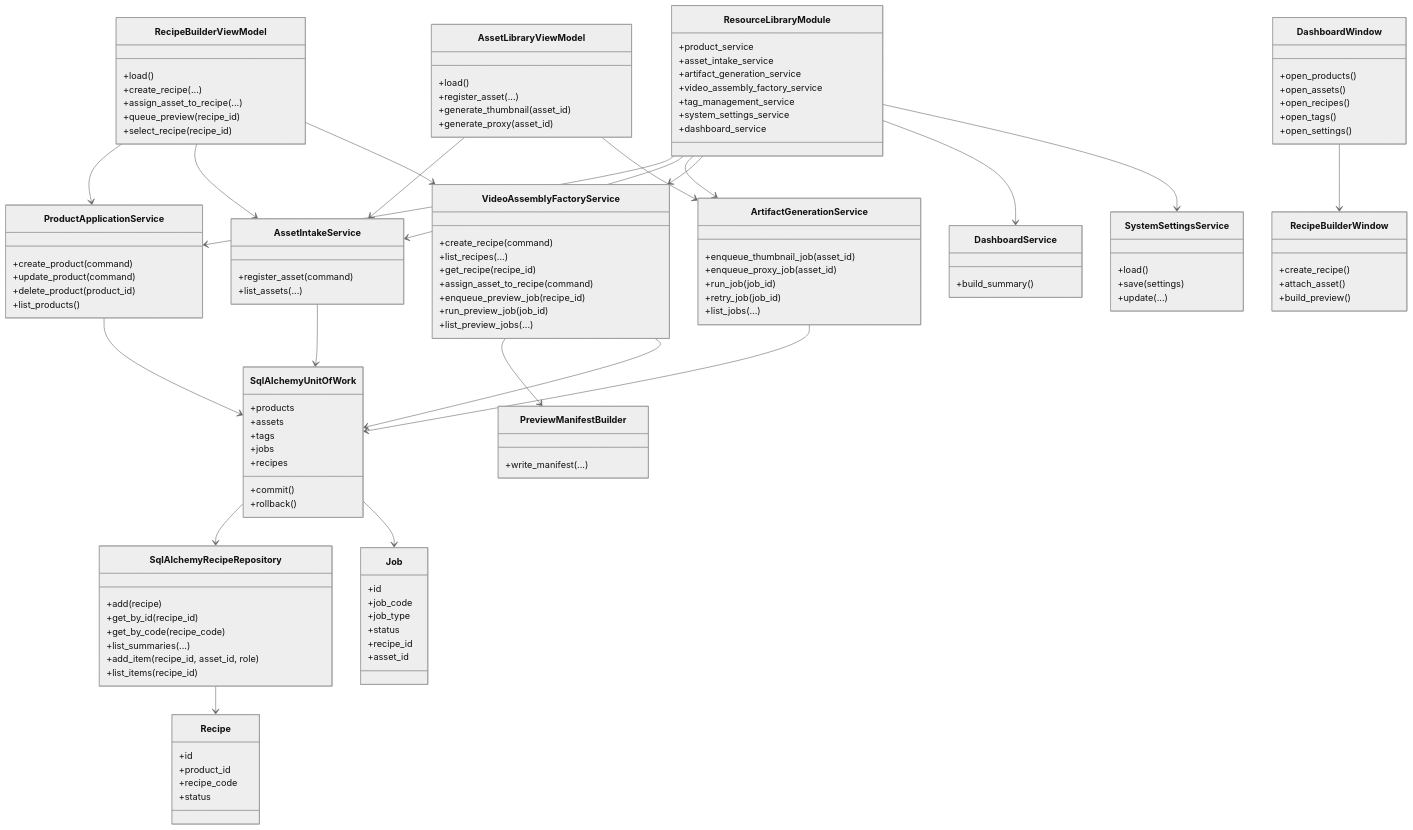
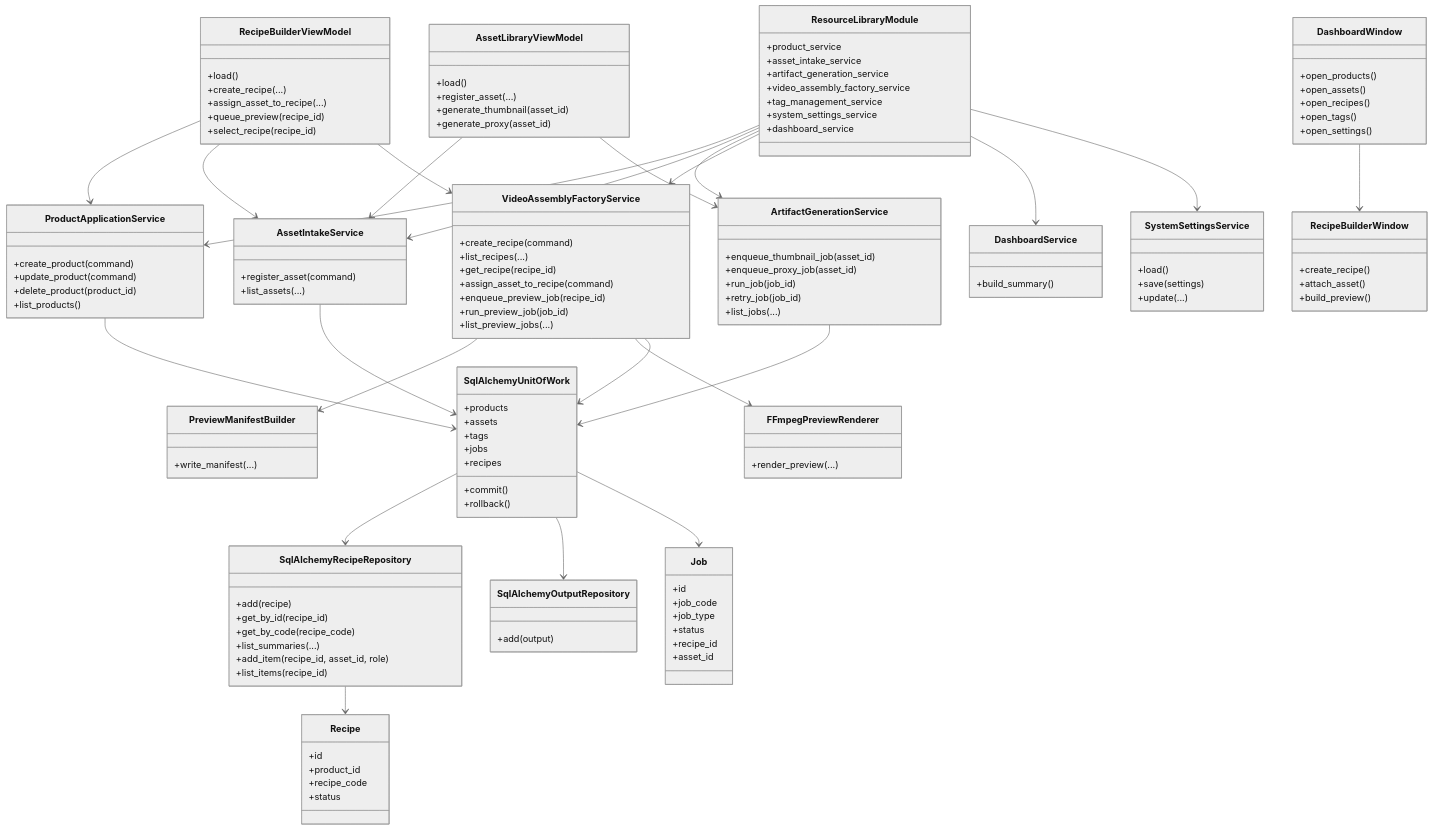
The second of 5 diagrams in doc/10_UML_System_Overview.md (idev006/MTClipFactory), drawn with Mermaid (neutral theme) before and after one commit. The commit also changed other lines of this file and 28 other files, not shown here.

Commit message:
Add configurable paths and preview output foundation

````diff
--- a/doc/10_UML_System_Overview.md
+++ b/doc/10_UML_System_Overview.md
@@ -60,6 +60,10 @@
         +enqueue_preview_job(recipe_id)
         +run_preview_job(job_id)
         +list_preview_jobs(...)
+    }
+
+    class FFmpegPreviewRenderer {
+        +render_preview(...)
     }
 
     class DashboardService {
@@ -120,6 +124,10 @@
         +list_items(recipe_id)
     }
 
+    class SqlAlchemyOutputRepository {
+        +add(output)
+    }
+
     class PreviewManifestBuilder {
         +write_manifest(...)
     }
@@ -153,11 +161,13 @@
     RecipeBuilderViewModel --> VideoAssemblyFactoryService
     DashboardWindow --> RecipeBuilderWindow
     VideoAssemblyFactoryService --> PreviewManifestBuilder
+    VideoAssemblyFactoryService --> FFmpegPreviewRenderer
     ProductApplicationService --> SqlAlchemyUnitOfWork
     AssetIntakeService --> SqlAlchemyUnitOfWork
     ArtifactGenerationService --> SqlAlchemyUnitOfWork
     VideoAssemblyFactoryService --> SqlAlchemyUnitOfWork
     SqlAlchemyUnitOfWork --> SqlAlchemyRecipeRepository
+    SqlAlchemyUnitOfWork --> SqlAlchemyOutputRepository
     SqlAlchemyRecipeRepository --> Recipe
     SqlAlchemyUnitOfWork --> Job
 ```
````
